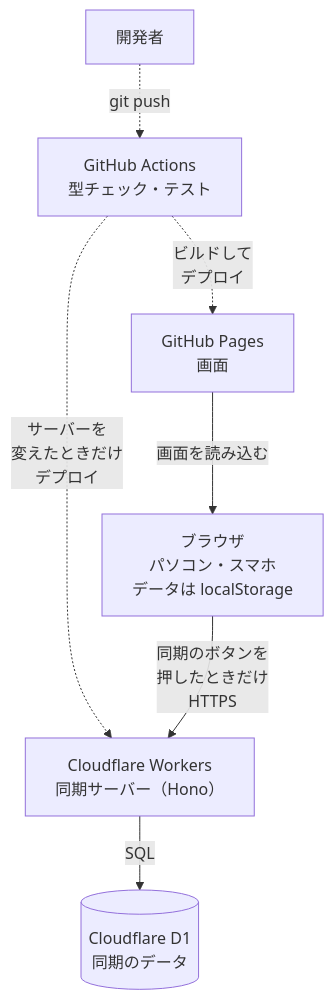
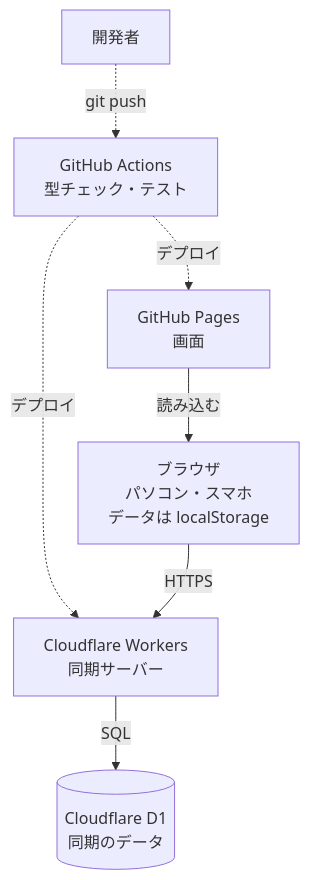
Before and after one commit to syugo1142/gbf-tracker: the diagram in README.md, drawn with Mermaid. The commit also changed other lines of this file, not shown here.

Commit message:
構成図の文字が見切れないように、矢印のラベルと箱の文字を短くする

````diff
--- a/README.md
+++ b/README.md
@@ -54,16 +54,16 @@
 ```mermaid
 flowchart TB
   dev["開発者"]
   actions["GitHub Actions<br>型チェック・テスト"]
   pages["GitHub Pages<br>画面"]
   browser["ブラウザ<br>パソコン・スマホ<br>データは localStorage"]
-  worker["Cloudflare Workers<br>同期サーバー（Hono）"]
+  worker["Cloudflare Workers<br>同期サーバー"]
   d1[("Cloudflare D1<br>同期のデータ")]
 
   dev -.->|"git push"| actions
-  actions -.->|"ビルドして<br>デプロイ"| pages
-  actions -.->|"サーバーを<br>変えたときだけ<br>デプロイ"| worker
-  pages -->|"画面を読み込む"| browser
-  browser -->|"同期のボタンを<br>押したときだけ<br>HTTPS"| worker
+  actions -.->|"デプロイ"| pages
+  actions -.->|"デプロイ"| worker
+  pages -->|"読み込む"| browser
+  browser -->|"HTTPS"| worker
   worker -->|"SQL"| d1
 ```
````
